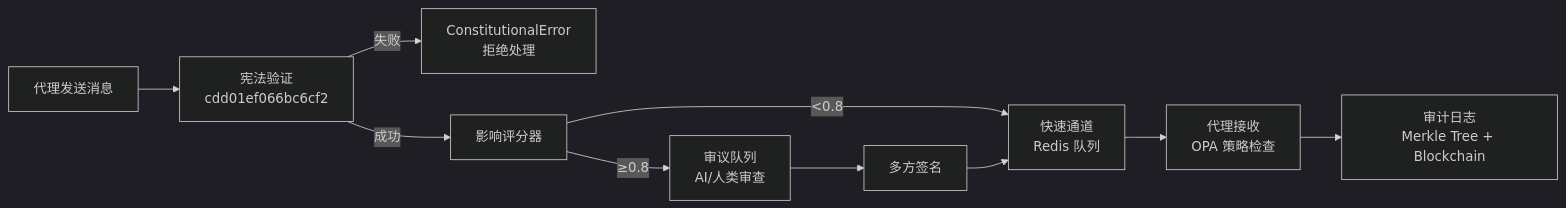
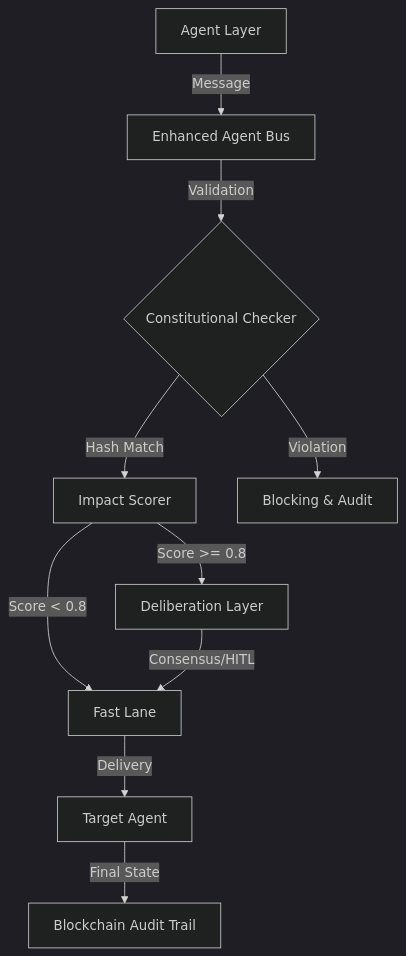
One commit to dislovelhl/acgs2 changed the first of 2 diagrams in README.md. Above: the diagram before and after it, drawn with Mermaid (dark theme). The commit also changed other lines of this file and 24 other files, not shown here.

````diff
--- a/README.md
+++ b/README.md
@@ -34,12 +22,15 @@
 ```mermaid
-graph LR
-    A[代理发送消息] --> B[宪法验证<br/>cdd01ef066bc6cf2]
-    B -->|失败| C[ConstitutionalError<br/>拒绝处理]
-    B -->|成功| D[影响评分器]
-    D -->|<0.8| E[快速通道<br/>Redis 队列]
-    D -->|≥0.8| F[审议队列<br/>AI/人类审查]
-    F --> G[多方签名]
-    G --> E
-    E --> H[代理接收<br/>OPA 策略检查]
-    H --> I[审计日志<br/>Merkle Tree + Blockchain]
+graph TD
+    A[Agent Layer] -->|Message| B[Enhanced Agent Bus]
+    B -->|Validation| C{Constitutional Checker}
+    C -->|Hash Match| D[Impact Scorer]
+    C -->|Violation| E[Blocking & Audit]
+    
+    D -->|Score >= 0.8| F[Deliberation Layer]
+    D -->|Score < 0.8| G[Fast Lane]
+    
+    F -->|Consensus/HITL| G
+    G -->|Delivery| H[Target Agent]
+    
+    H -->|Final State| I[Blockchain Audit Trail]
 ```
````
